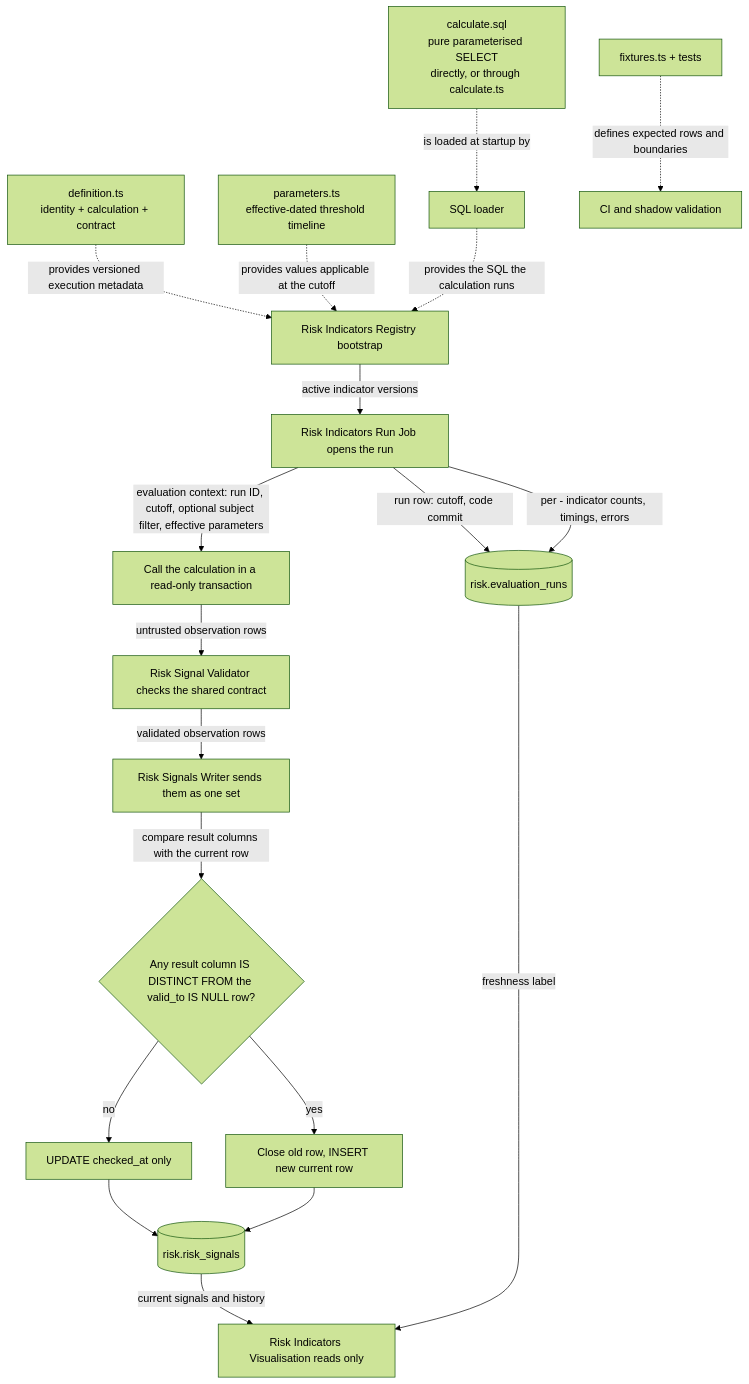
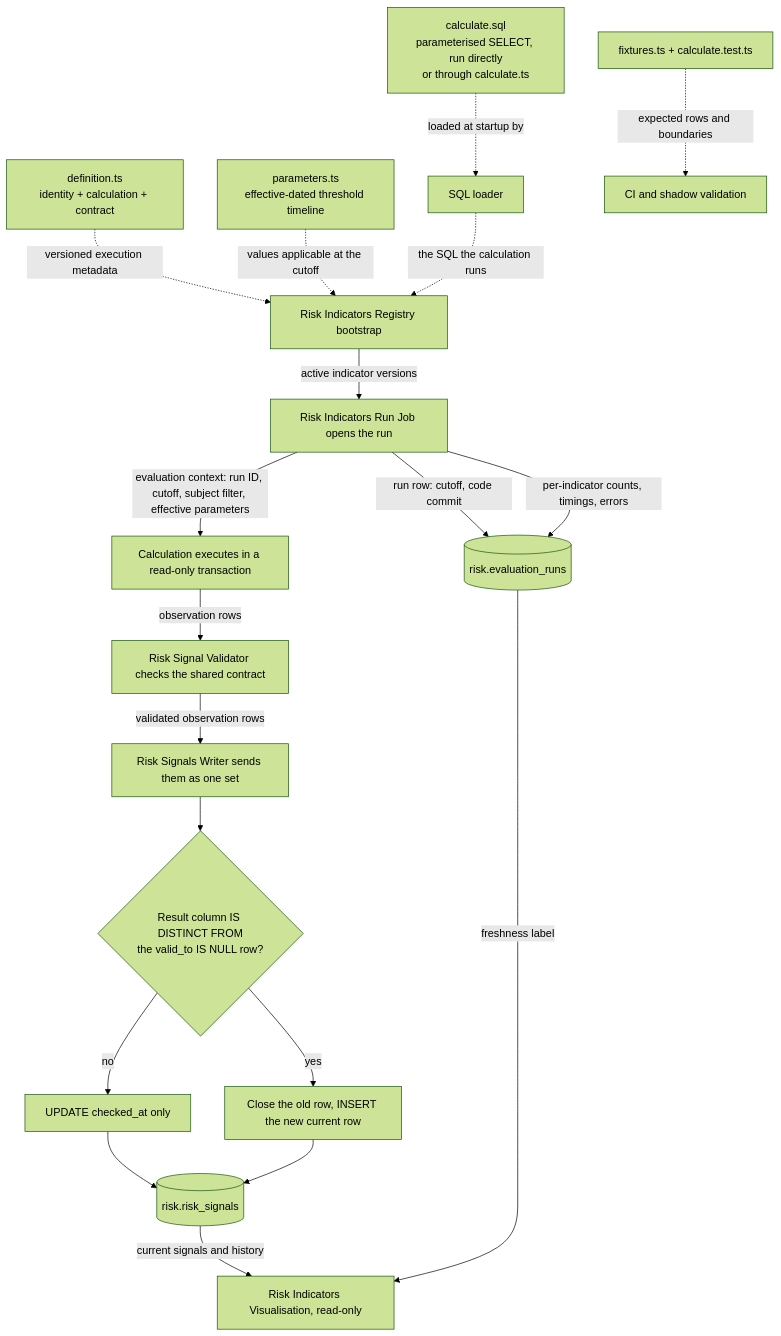
Before and after one commit to Viespirkiu-grupe/viespirkiai: the third of 7 diagrams in docs/indicators-story/risk-service-architecture.md, drawn with Mermaid (forest theme). The commit also changed other lines of this file and 1 other file, not shown here.

````diff
--- a/docs/indicators-story/risk-service-architecture.md
+++ b/docs/indicators-story/risk-service-architecture.md
@@ -986,21 +947,21 @@
 ```mermaid
 flowchart TD
-    D[definition.ts<br/>identity + calculation + contract] -.->|provides versioned execution metadata| R[Risk Indicators Registry bootstrap]
-    PM[parameters.ts<br/>effective-dated threshold timeline] -.->|provides values applicable at the cutoff| R
-    Q[calculate.sql<br/>pure parameterised SELECT<br/>directly, or through calculate.ts] -.->|is loaded at startup by| L[SQL loader]
-    L -.->|provides the SQL the calculation runs| R
-    F[fixtures.ts + tests] -.->|defines expected rows and boundaries| C[CI and shadow validation]
-    R -->|active indicator versions| W[Risk Indicators Run Job opens the run]
-    W -->|run row: cutoff, code commit| J[(risk.evaluation_runs)]
-    W -->|evaluation context: run ID, cutoff, optional subject filter, effective parameters| X[Call the calculation in a read-only transaction]
-    X -->|untrusted observation rows| V[Risk Signal Validator checks the shared contract]
-    V -->|validated observation rows| A[Risk Signals Writer sends them as one set]
-    A -->|compare result columns with the current row| G{Any result column IS DISTINCT FROM the valid_to IS NULL row?}
-    G -->|no| SAME[UPDATE checked_at only]
-    G -->|yes| NEW[Close old row, INSERT new current row]
-    SAME --> H[(risk.risk_signals)]
+    D["definition.ts<br/>identity + calculation + contract"] -.->|" versioned execution metadata "| R["Risk Indicators Registry bootstrap"]
+    PM["parameters.ts<br/>effective-dated threshold timeline"] -.->|" values applicable at the cutoff "| R
+    Q["calculate.sql<br/>parameterised SELECT, run directly<br/>or through calculate.ts"] -.->|" loaded at startup by "| L["SQL loader"]
+    L -.->|" the SQL the calculation runs "| R
+    F["fixtures.ts + calculate.test.ts"] -.->|" expected rows and boundaries "| C["CI and shadow validation"]
+    R -->|" active indicator versions "| W["Risk Indicators Run Job opens the run"]
+    W -->|" run row: cutoff, code commit "| J[("risk.evaluation_runs")]
+    W -->|" evaluation context: run ID, cutoff, subject filter, effective parameters "| X["Calculation executes in a read-only transaction"]
+    X -->|" observation rows "| V["Risk Signal Validator checks the shared contract"]
+    V -->|" validated observation rows "| A["Risk Signals Writer sends them as one set"]
+    A --> G{"Result column IS DISTINCT FROM<br/>the valid_to IS NULL row?"}
+    G -->|" no "| SAME["UPDATE checked_at only"]
+    G -->|" yes "| NEW["Close the old row, INSERT the new current row"]
+    SAME --> H[("risk.risk_signals")]
     NEW --> H
-    W -->|per - indicator counts, timings, errors| J
-    H -->|current signals and history| U[Risk Indicators Visualisation reads only]
-    J -->|freshness label| U
+    W -->|" per-indicator counts, timings, errors "| J
+    H -->|" current signals and history "| U["Risk Indicators Visualisation, read-only"]
+    J -->|" freshness label "| U
 ```
````
